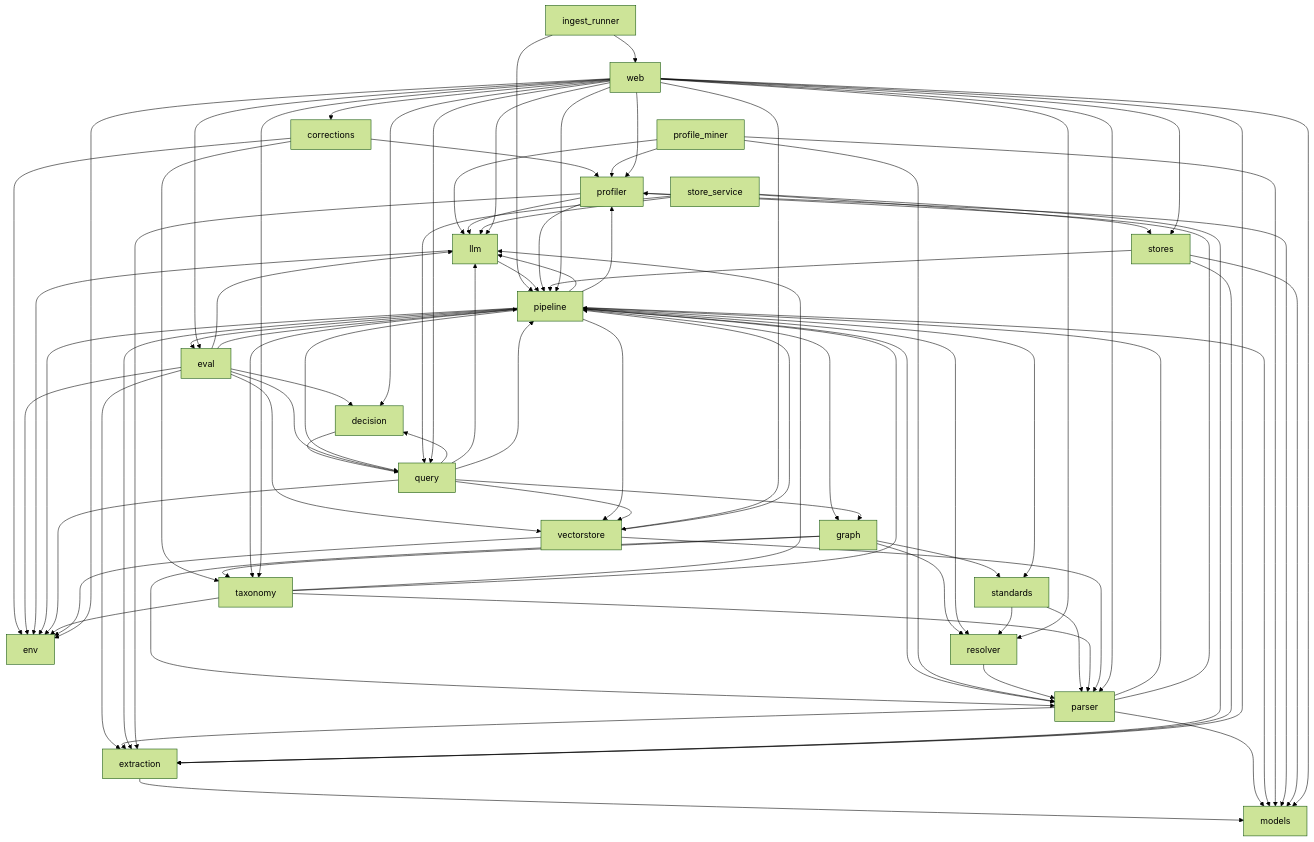
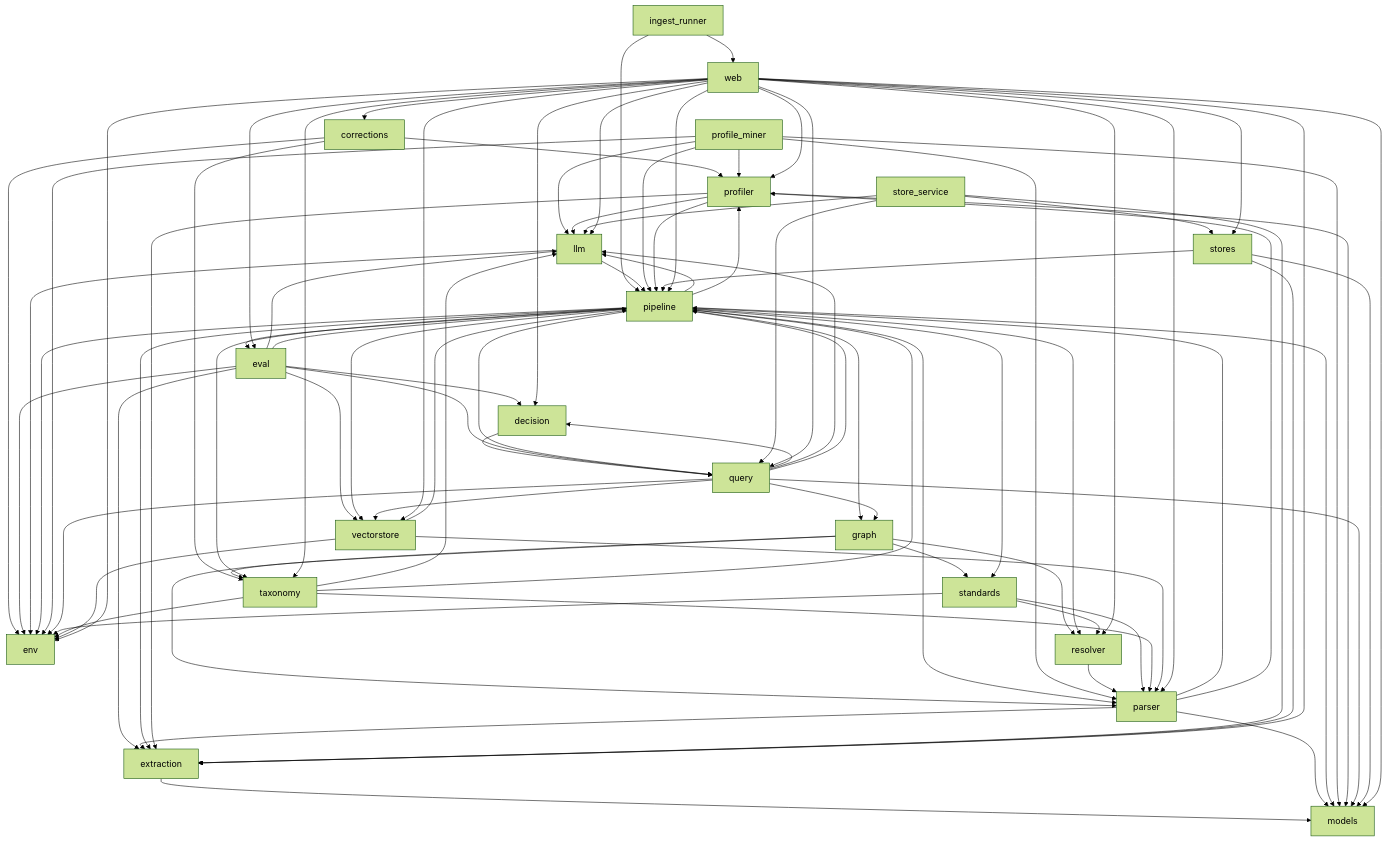
The diagram in docs/compact/MAP.md (kurnoolion/nora), drawn with Mermaid (forest theme) before and after one commit. The commit also changed other lines of this file and 10 other files, not shown here.

```diff
--- a/docs/compact/MAP.md
+++ b/docs/compact/MAP.md
@@ -91,9 +91,11 @@
     m_pipeline --> m_standards
     m_pipeline --> m_taxonomy
     m_pipeline --> m_vectorstore
+    m_profile_miner --> m_env
     m_profile_miner --> m_llm
     m_profile_miner --> m_models
     m_profile_miner --> m_parser
+    m_profile_miner --> m_pipeline
     m_profile_miner --> m_profiler
     m_profiler --> m_extraction
     m_profiler --> m_llm
@@ -103,9 +105,11 @@
     m_query --> m_env
     m_query --> m_graph
     m_query --> m_llm
+    m_query --> m_models
     m_query --> m_pipeline
     m_query --> m_vectorstore
     m_resolver --> m_parser
+    m_standards --> m_env
     m_standards --> m_parser
     m_standards --> m_resolver
     m_store_service --> m_extraction
```
